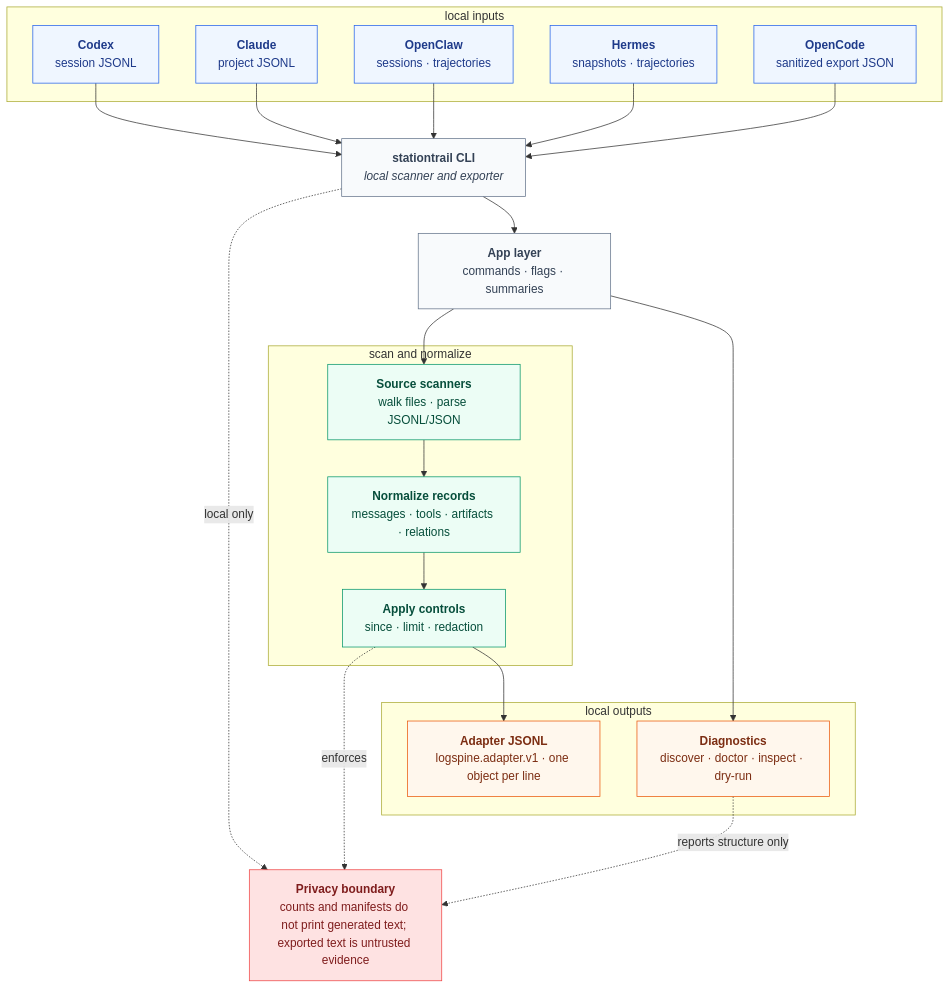
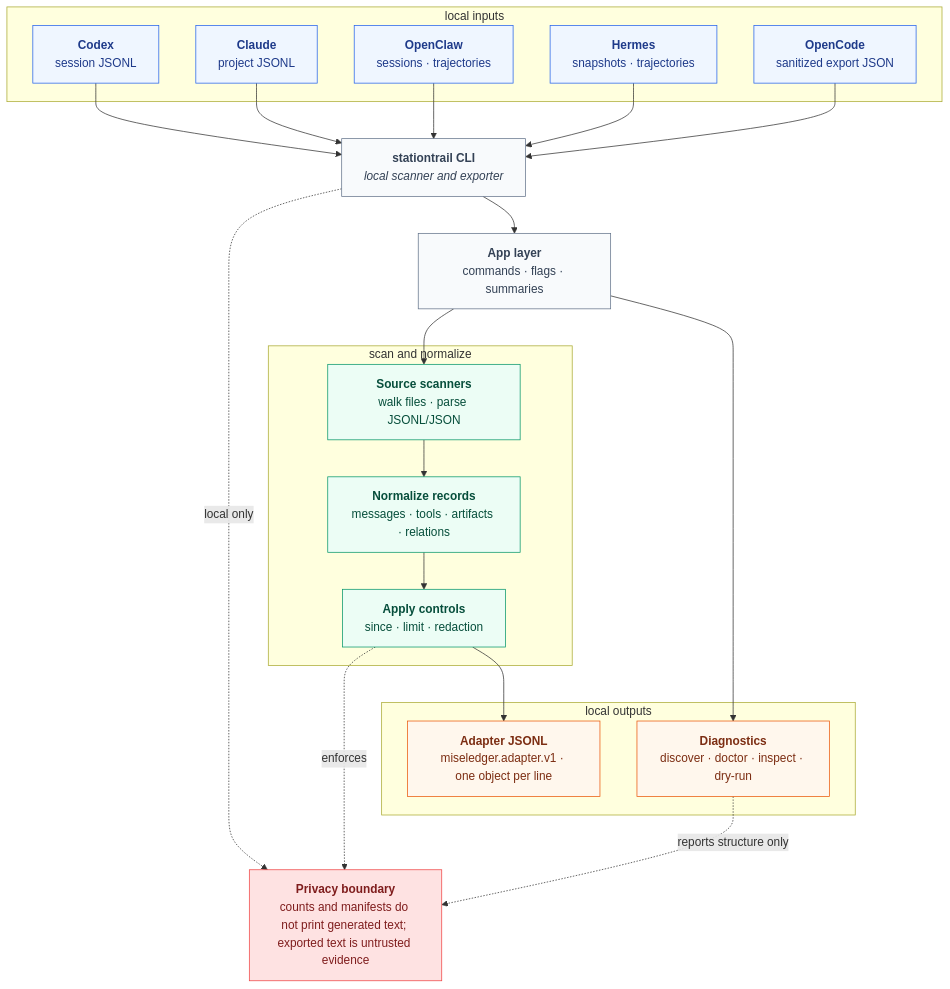
The first of 2 diagrams in README.md (solomonneas/agenttrail), drawn with Mermaid before and after one commit. The commit also changed other lines of this file and 16 other files, not shown here.

Commit message:
chore: rename adapter target to miseledger

````diff
--- a/README.md
+++ b/README.md
@@ -21,47 +21,47 @@
 ```mermaid
 flowchart TB
     CLI["<b>stationtrail CLI</b><br/><i>local scanner and exporter</i>"]
     APP["<b>App layer</b><br/>commands &middot; flags &middot; summaries"]
 
     subgraph INPUTS [" local inputs "]
         CODEX["<b>Codex</b><br/>session JSONL"]
         CLAUDE["<b>Claude</b><br/>project JSONL"]
         OPENCLAW["<b>OpenClaw</b><br/>sessions &middot; trajectories"]
         HERMES["<b>Hermes</b><br/>snapshots &middot; trajectories"]
         OPENCODE["<b>OpenCode</b><br/>sanitized export JSON"]
     end
 
     CODEX & CLAUDE & OPENCLAW & HERMES & OPENCODE --> CLI --> APP
 
     subgraph PIPELINE [" scan and normalize "]
         SCAN["<b>Source scanners</b><br/>walk files &middot; parse JSONL/JSON"]
         NORMALIZE["<b>Normalize records</b><br/>messages &middot; tools &middot; artifacts &middot; relations"]
         FILTER["<b>Apply controls</b><br/>since &middot; limit &middot; redaction"]
     end
 
     APP --> SCAN --> NORMALIZE --> FILTER
 
     subgraph OUTPUTS [" local outputs "]
-        ADAPTER["<b>Adapter JSONL</b><br/>logspine.adapter.v1 &middot; one object per line"]
+        ADAPTER["<b>Adapter JSONL</b><br/>miseledger.adapter.v1 &middot; one object per line"]
         SUMMARY["<b>Diagnostics</b><br/>discover &middot; doctor &middot; inspect &middot; dry-run"]
     end
 
     FILTER --> ADAPTER
     APP --> SUMMARY
 
     GUARD["<b>Privacy boundary</b><br/>counts and manifests do not print generated text; exported text is untrusted evidence"]
     CLI -. local only .-> GUARD
     FILTER -. enforces .-> GUARD
     SUMMARY -. reports structure only .-> GUARD
 
     classDef source fill:#eff6ff,stroke:#2563eb,color:#1e3a8a;
     classDef process fill:#ecfdf5,stroke:#059669,color:#064e3b;
     classDef stream fill:#fff7ed,stroke:#ea580c,color:#7c2d12;
     classDef guard fill:#fee2e2,stroke:#ef4444,color:#7f1d1d;
     classDef local fill:#f8fafc,stroke:#64748b,color:#334155;
     class CLI,APP local;
     class CODEX,CLAUDE,OPENCLAW,HERMES,OPENCODE source;
     class SCAN,NORMALIZE,FILTER process;
     class ADAPTER,SUMMARY stream;
     class GUARD guard;
 ```
````
